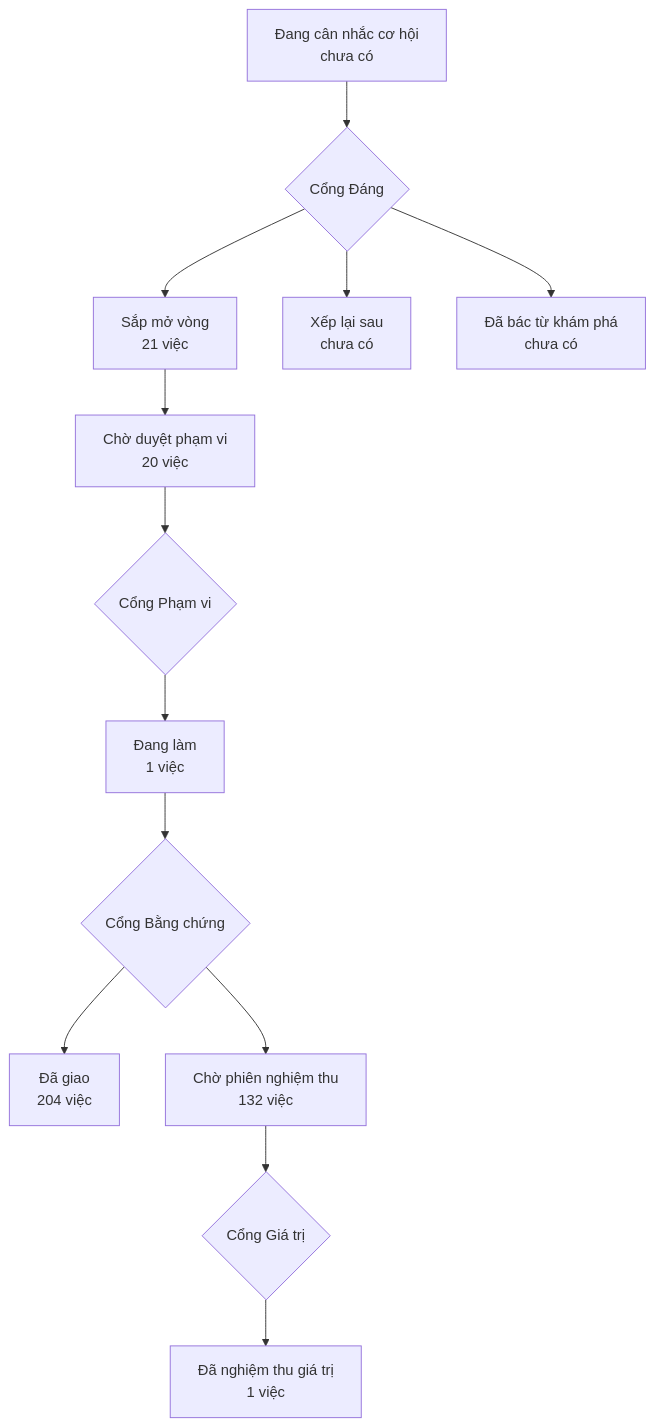
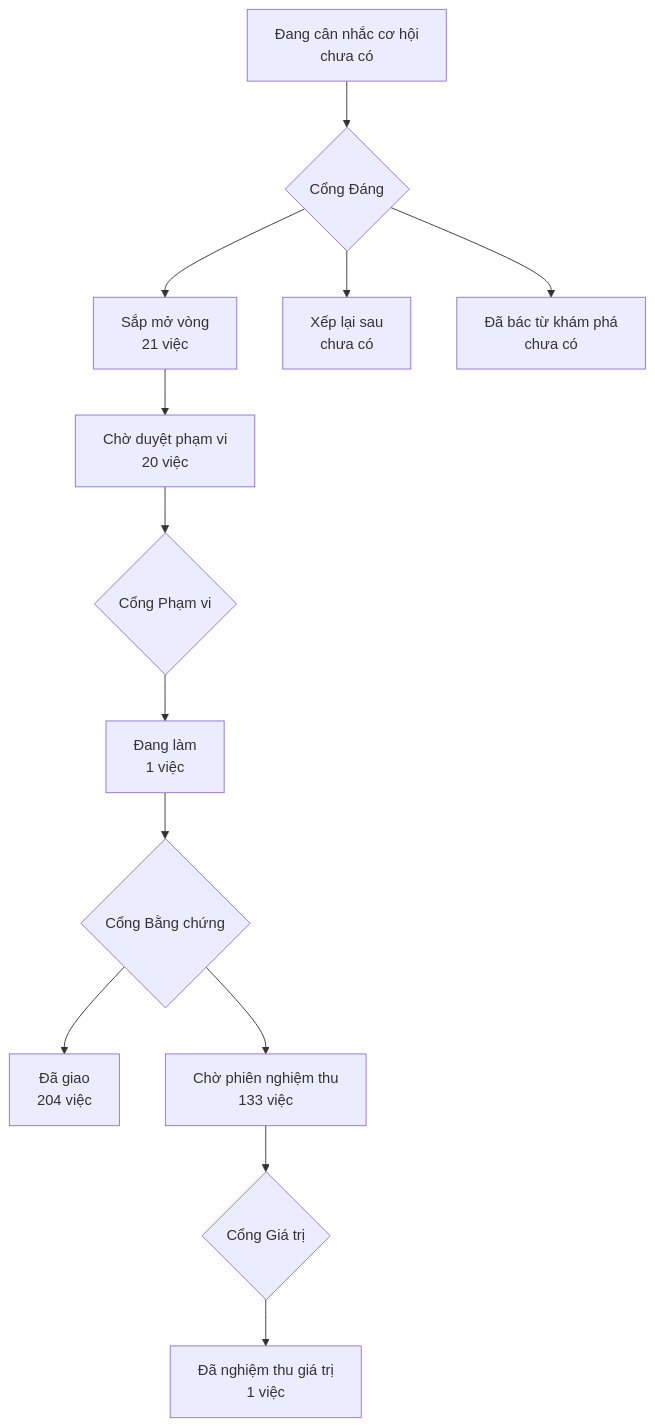
The diagram in PRODUCT-MAP.md (phanlemanh/onehub-invest), drawn with Mermaid before and after one commit. The commit also changed other lines of this file and 1 other file, not shown here.

Commit message:
chore: vẽ lại bản đồ sản phẩm sau khi nhận main

````diff
--- a/PRODUCT-MAP.md
+++ b/PRODUCT-MAP.md
@@ -7,12 +7,12 @@
 ```mermaid
 flowchart TD
   A["Đang cân nhắc cơ hội<br/>chưa có"] --> GD{"Cổng Đáng"}
   GD --> B["Sắp mở vòng<br/>21 việc"]
   GD --> XL["Xếp lại sau<br/>chưa có"]
   GD --> DB["Đã bác từ khám phá<br/>chưa có"]
   B --> CD["Chờ duyệt phạm vi<br/>20 việc"] --> GP{"Cổng Phạm vi"}
   GP --> DL["Đang làm<br/>1 việc"] --> GB{"Cổng Bằng chứng"}
   GB --> DG["Đã giao<br/>204 việc"]
-  GB --> CN["Chờ phiên nghiệm thu<br/>132 việc"] --> GG{"Cổng Giá trị"}
+  GB --> CN["Chờ phiên nghiệm thu<br/>133 việc"] --> GG{"Cổng Giá trị"}
   GG --> NT["Đã nghiệm thu giá trị<br/>1 việc"]
 ```
````
